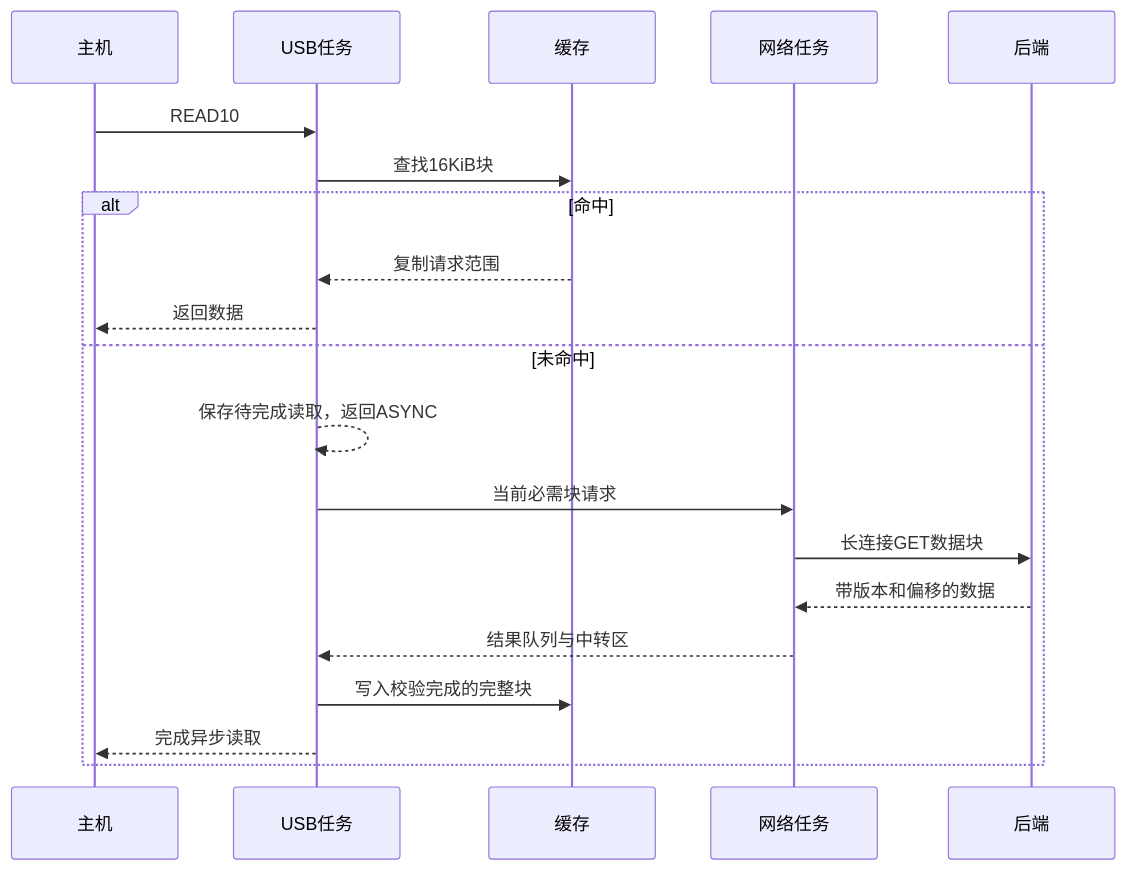
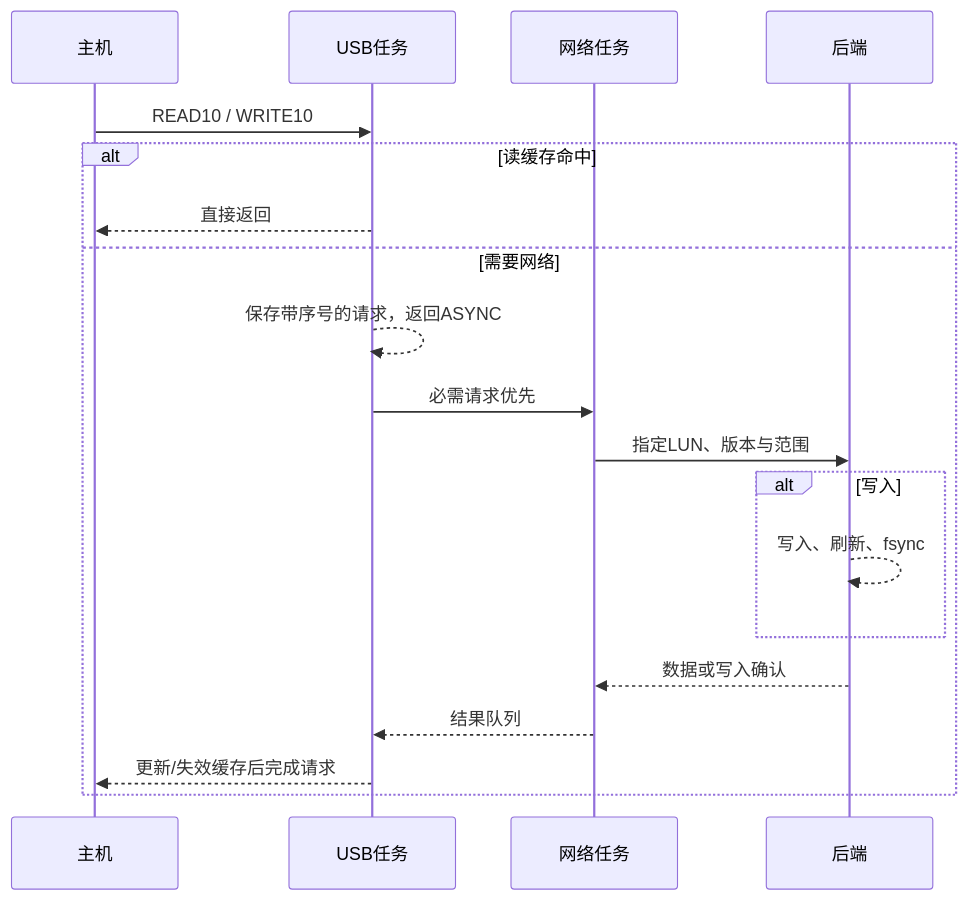
One commit to kevin249/esp32-s3-wifi2kbnboot changed the first of 2 diagrams in docs/架构与协议.md. Above: the diagram before and after it, drawn with Mermaid. The commit also changed other lines of this file and 19 other files, not shown here.

````diff
--- a/docs/架构与协议.md
+++ b/docs/架构与协议.md
@@ -5,22 +11,21 @@
 ```mermaid
 sequenceDiagram
     participant 主机
     participant USB任务
-    participant 缓存
     participant 网络任务
     participant 后端
-    主机->>USB任务: READ10
-    USB任务->>缓存: 查找16KiB块
-    alt 命中
-        缓存-->>USB任务: 复制请求范围
-        USB任务-->>主机: 返回数据
-    else 未命中
-        USB任务-->>USB任务: 保存待完成读取，返回ASYNC
-        USB任务->>网络任务: 当前必需块请求
-        网络任务->>后端: 长连接GET数据块
-        后端-->>网络任务: 带版本和偏移的数据
-        网络任务-->>USB任务: 结果队列与中转区
-        USB任务->>缓存: 写入校验完成的完整块
-        USB任务-->>主机: 完成异步读取
+    主机->>USB任务: READ10 / WRITE10
+    alt 读缓存命中
+        USB任务-->>主机: 直接返回
+    else 需要网络
+        USB任务-->>USB任务: 保存带序号的请求，返回ASYNC
+        USB任务->>网络任务: 必需请求优先
+        网络任务->>后端: 指定LUN、版本与范围
+        alt 写入
+            后端-->>后端: 写入、刷新、fsync
+        end
+        后端-->>网络任务: 数据或写入确认
+        网络任务-->>USB任务: 结果队列
+        USB任务-->>主机: 更新/失效缓存后完成请求
     end
 ```
````
